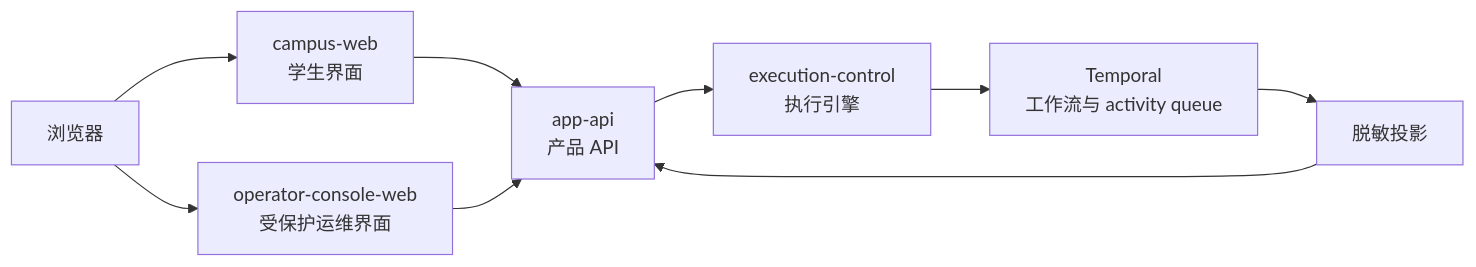
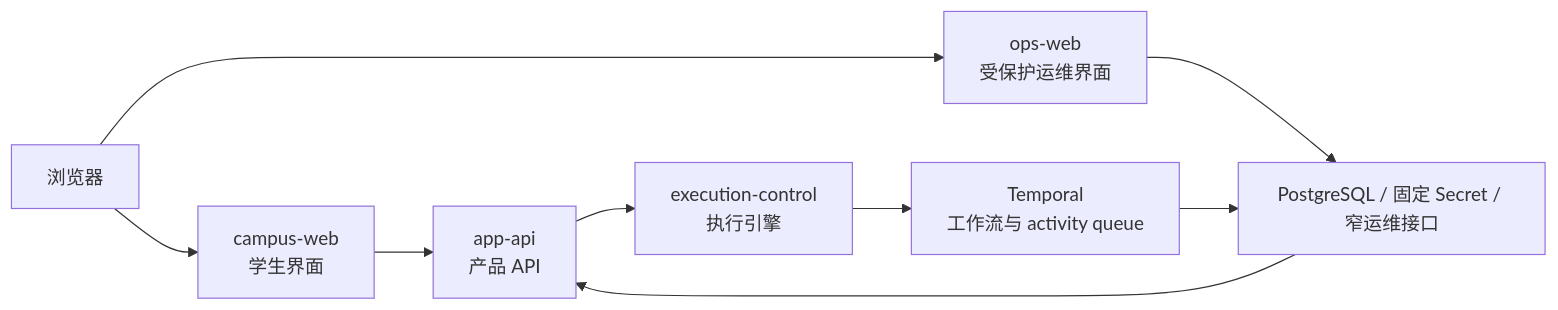
Before and after one commit to Luxfeier22331/campus-agent-main: the first of 5 diagrams in docs/architecture/flows.md, drawn with Mermaid. The commit also changed 620 other files, not shown here.

````diff
--- a/docs/architecture/flows.md
+++ b/docs/architecture/flows.md
@@ -27,19 +27,19 @@
 ```mermaid
 flowchart LR
   Browser["浏览器"]
   CampusWeb["campus-web\n学生界面"]
-  OperatorWeb["operator-console-web\n受保护运维界面"]
+  OpsWeb["ops-web\n受保护运维界面"]
   AppAPI["app-api\n产品 API"]
   Exec["execution-control\n执行引擎"]
   Temporal["Temporal\n工作流与 activity queue"]
   Projection["脱敏投影"]
 
   Browser --> CampusWeb
-  Browser --> OperatorWeb
+  Browser --> OpsWeb
   CampusWeb --> AppAPI
-  OperatorWeb --> AppAPI
+  OpsWeb --> Projection["PostgreSQL / 固定 Secret / 窄运维接口"]
   AppAPI --> Exec
   Exec --> Temporal
   Temporal --> Projection
   Projection --> AppAPI
 ```
````
